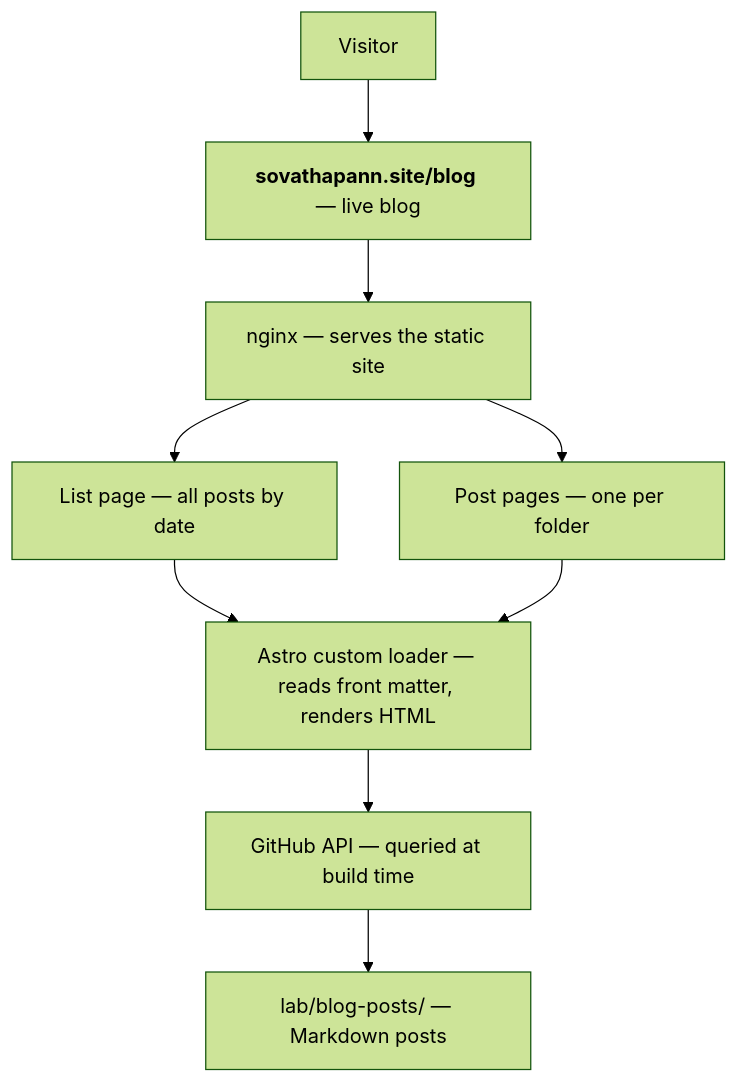
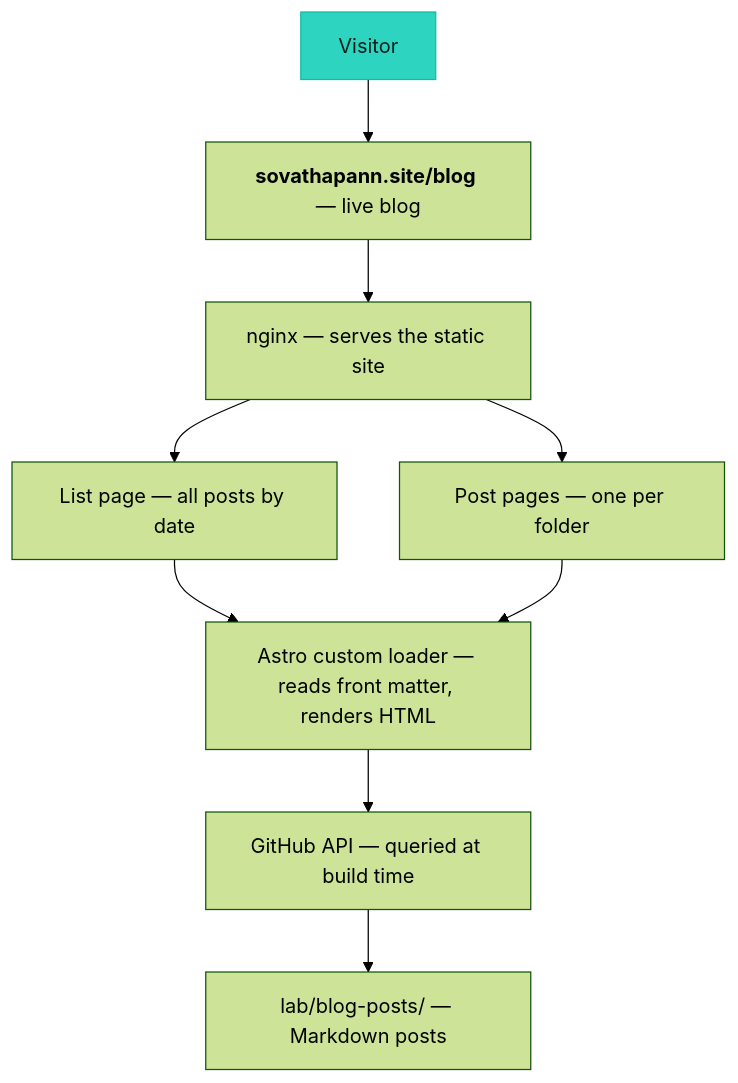
The first of 2 diagrams in blog-posts/my-first-post/index.md (vathapann/lab), drawn with Mermaid (forest theme) before and after one commit. The commit also changed other lines of this file and 1 other file, not shown here.

````diff
--- a/blog-posts/my-first-post/index.md
+++ b/blog-posts/my-first-post/index.md
@@ -19,20 +21,23 @@
 ```mermaid
 flowchart TD
     user["Visitor"]
     live["`**sovathapann.site/blog** — live blog`"]
     nginx["nginx — serves the static site"]
     list["List page — all posts by date"]
     post["Post pages — one per folder"]
     loader["Astro custom loader — reads front matter, renders HTML"]
     api["GitHub API — queried at build time"]
     repo["lab/blog-posts/ — Markdown posts"]
 
     user --> live
     live --> nginx
     nginx --> list
     nginx --> post
     list --> loader
     post --> loader
     loader --> api
     api --> repo
+
+    %% Highlight the visitor node
+    style user fill:#2dd4bf,stroke:#14b8a6,color:#04201c
 ```
````
